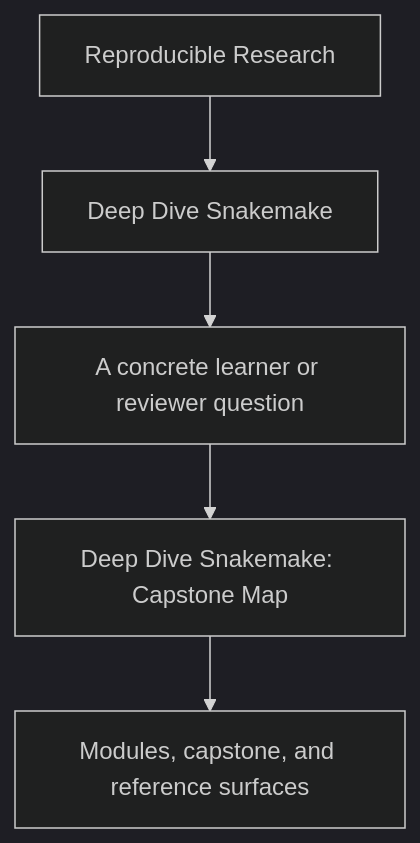
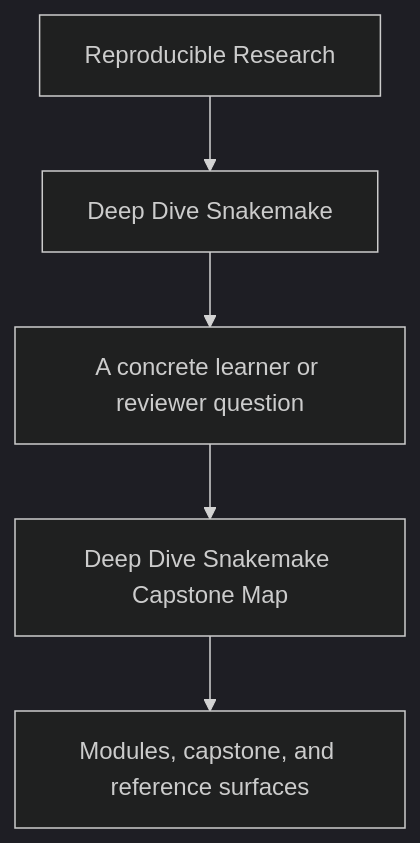
The first of 2 diagrams in programs/reproducible-research/deep-dive-snakemake/course-book/capstone/capstone-map.md (bijux/bijux-masterclass), drawn with Mermaid (dark theme) before and after one commit. The commit also changed other lines of this file, not shown here.

Commit message:
docs(deep-dive-snakemake): route capstone entry by module and question

````diff
--- a/programs/reproducible-research/deep-dive-snakemake/course-book/capstone/capstone-map.md
+++ b/programs/reproducible-research/deep-dive-snakemake/course-book/capstone/capstone-map.md
@@ -9,7 +6,7 @@
 ```mermaid
 flowchart TD
   family["Reproducible Research"] --> program["Deep Dive Snakemake"]
   program --> pressure["A concrete learner or reviewer question"]
-  pressure --> guide["Deep Dive Snakemake: Capstone Map"]
+  pressure --> guide["Deep Dive Snakemake Capstone Map"]
   guide --> next["Modules, capstone, and reference surfaces"]
 ```
````
